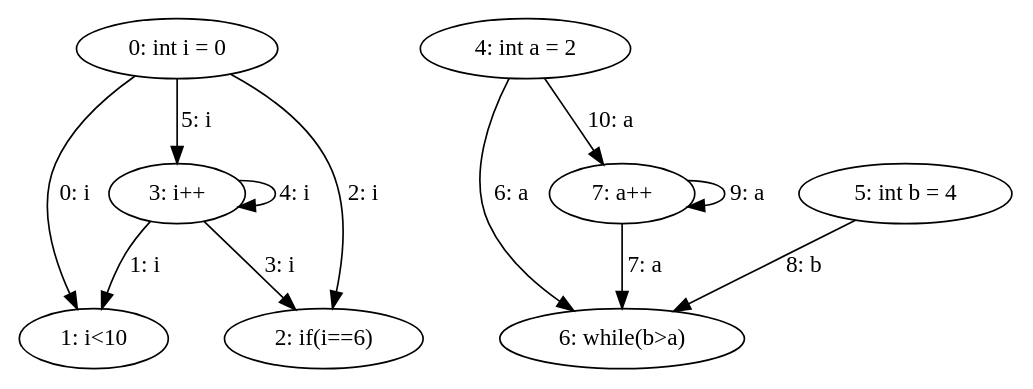
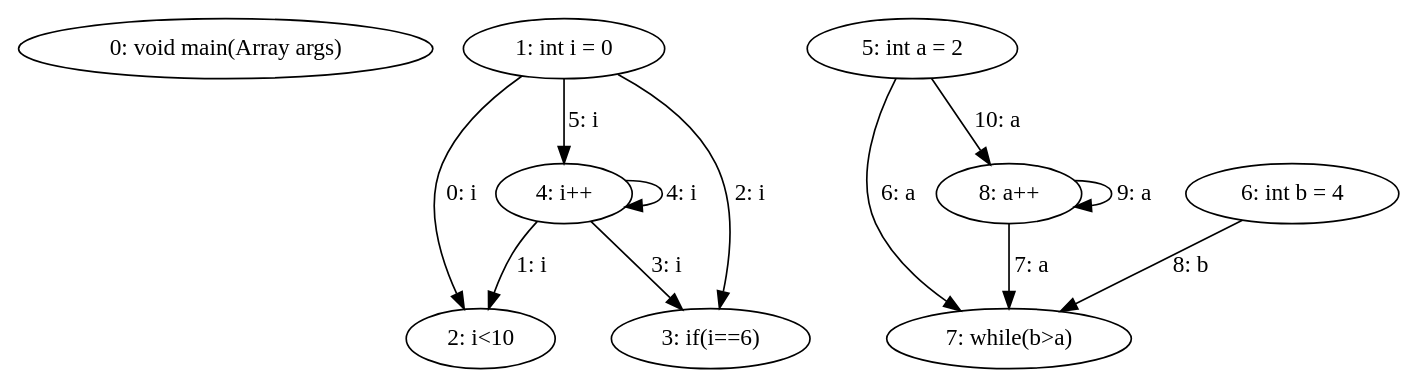
Before and after one commit to DominguesGM/comp_astanalyze: the diagram in export/forbreak_example_dfg.dot, drawn with Graphviz. The commit also changed 25 other files, not shown here.

```diff
--- a/export/forbreak_example_dfg.dot
+++ b/export/forbreak_example_dfg.dot
@@ -1,21 +1,22 @@
 digraph G {
-  1 [ label="0: int i = 0" ];
-  2 [ label="1: i<10" ];
-  3 [ label="2: if(i==6)" ];
-  4 [ label="3: i++" ];
-  5 [ label="4: int a = 2" ];
-  6 [ label="5: int b = 4" ];
-  7 [ label="6: while(b>a)" ];
-  8 [ label="7: a++" ];
-  1 -> 2 [ label="0: i" ];
-  4 -> 2 [ label="1: i" ];
-  1 -> 3 [ label="2: i" ];
-  4 -> 3 [ label="3: i" ];
-  4 -> 4 [ label="4: i" ];
-  1 -> 4 [ label="5: i" ];
-  5 -> 7 [ label="6: a" ];
-  8 -> 7 [ label="7: a" ];
-  6 -> 7 [ label="8: b" ];
-  8 -> 8 [ label="9: a" ];
-  5 -> 8 [ label="10: a" ];
+  1 [ label="0: void main(Array args)" ];
+  2 [ label="1: int i = 0" ];
+  3 [ label="2: i<10" ];
+  4 [ label="3: if(i==6)" ];
+  5 [ label="4: i++" ];
+  6 [ label="5: int a = 2" ];
+  7 [ label="6: int b = 4" ];
+  8 [ label="7: while(b>a)" ];
+  9 [ label="8: a++" ];
+  2 -> 3 [ label="0: i" ];
+  5 -> 3 [ label="1: i" ];
+  2 -> 4 [ label="2: i" ];
+  5 -> 4 [ label="3: i" ];
+  5 -> 5 [ label="4: i" ];
+  2 -> 5 [ label="5: i" ];
+  6 -> 8 [ label="6: a" ];
+  9 -> 8 [ label="7: a" ];
+  7 -> 8 [ label="8: b" ];
+  9 -> 9 [ label="9: a" ];
+  6 -> 9 [ label="10: a" ];
 }
```
